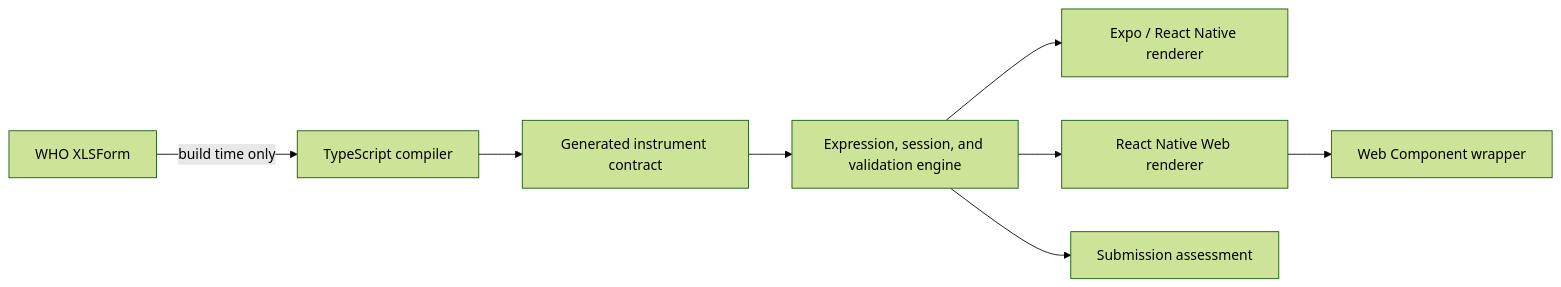
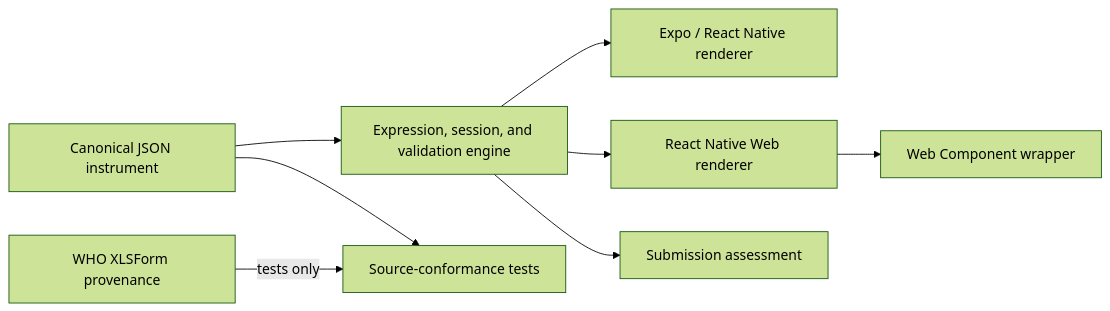
Before and after one commit to drguptavivek/WHO-va-2022: the diagram in docs/architecture.md, drawn with Mermaid (forest theme). The commit also changed other lines of this file and 7 other files, not shown here.

Commit message:
Make JSON the canonical instrument contract

````diff
--- a/docs/architecture.md
+++ b/docs/architecture.md
@@ -7,10 +7,10 @@
 ```mermaid
 flowchart LR
-  XLS["WHO XLSForm"] -->|"build time only"| Compiler["TypeScript compiler"]
-  Compiler --> Contract["Generated instrument contract"]
-  Contract --> Engine["Expression, session, and validation engine"]
+  Contract["Canonical JSON instrument"] --> Engine["Expression, session, and validation engine"]
+  XLS["WHO XLSForm provenance"] -->|"tests only"| Conformance["Source-conformance tests"]
+  Contract --> Conformance
   Engine --> Native["Expo / React Native renderer"]
   Engine --> Web["React Native Web renderer"]
   Web --> Element["Web Component wrapper"]
   Engine --> Server["Submission assessment"]
 ```
````
